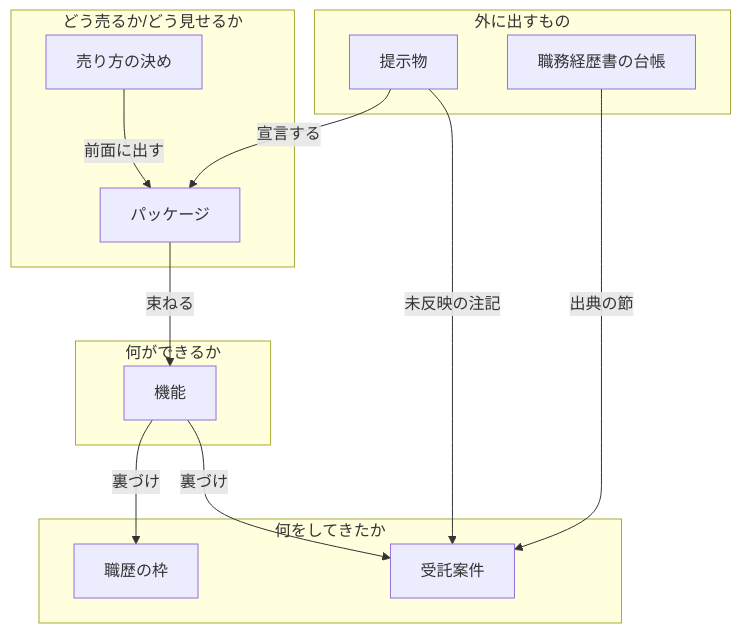
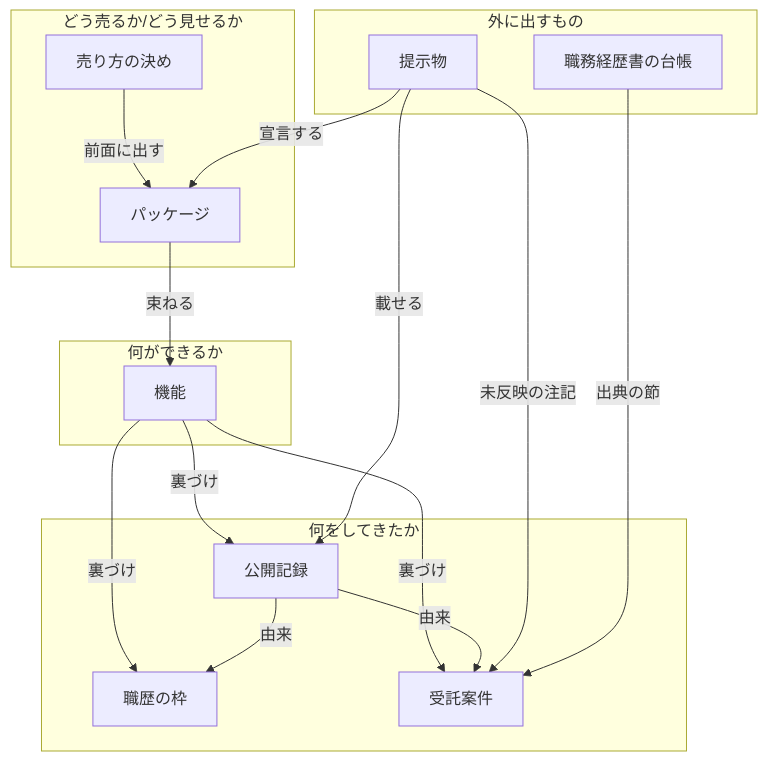
One commit to nanzono/accord changed the diagram in README.md. Above: the diagram before and after it, drawn with Mermaid. The commit also changed other lines of this file and 29 other files, not shown here.

First line of the commit message:
公開記録（登壇・記事・書籍・リポジトリ・第三者の掲載）を 8 つ目の型として足す。関係 8 種（辺 11 本）・制約 11・操作 7（register_public_record を新設）。提示物の本文の URL を正本の公開記録と突き合わせ、経路の書き方の違いも言い分ける。置き場を設定に書かない正本は今までどおり動く

````diff
--- a/README.md
+++ b/README.md
@@ -154,25 +155,30 @@
 ```mermaid
 flowchart TD
   subgraph sell [どう売るか/どう見せるか]
     Positioning["売り方の決め"]
     Package["パッケージ"]
   end
   subgraph can [何ができるか]
     Capability["機能"]
   end
   subgraph done [何をしてきたか]
     CareerFrame["職歴の枠"]
     Engagement["受託案件"]
+    PublicRecord["公開記録"]
   end
   subgraph out [外に出すもの]
     Presentation["提示物"]
     ResumeLedger["職務経歴書の台帳"]
   end
   Positioning -->|前面に出す| Package
   Package -->|束ねる| Capability
   Capability -->|裏づけ| CareerFrame
   Capability -->|裏づけ| Engagement
+  Capability -->|裏づけ| PublicRecord
+  PublicRecord -->|由来| CareerFrame
+  PublicRecord -->|由来| Engagement
   Presentation -->|宣言する| Package
   Presentation -->|未反映の注記| Engagement
+  Presentation -->|載せる| PublicRecord
   ResumeLedger -->|出典の節| Engagement
 ```
````
